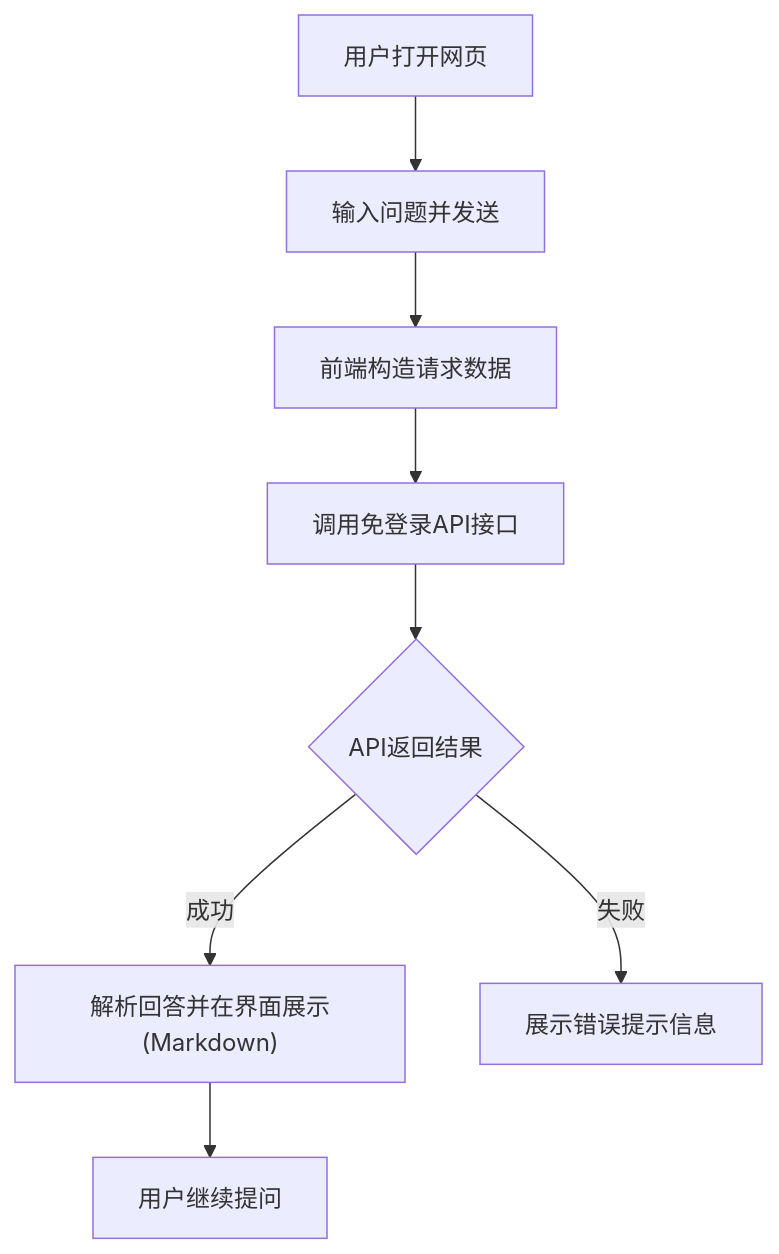
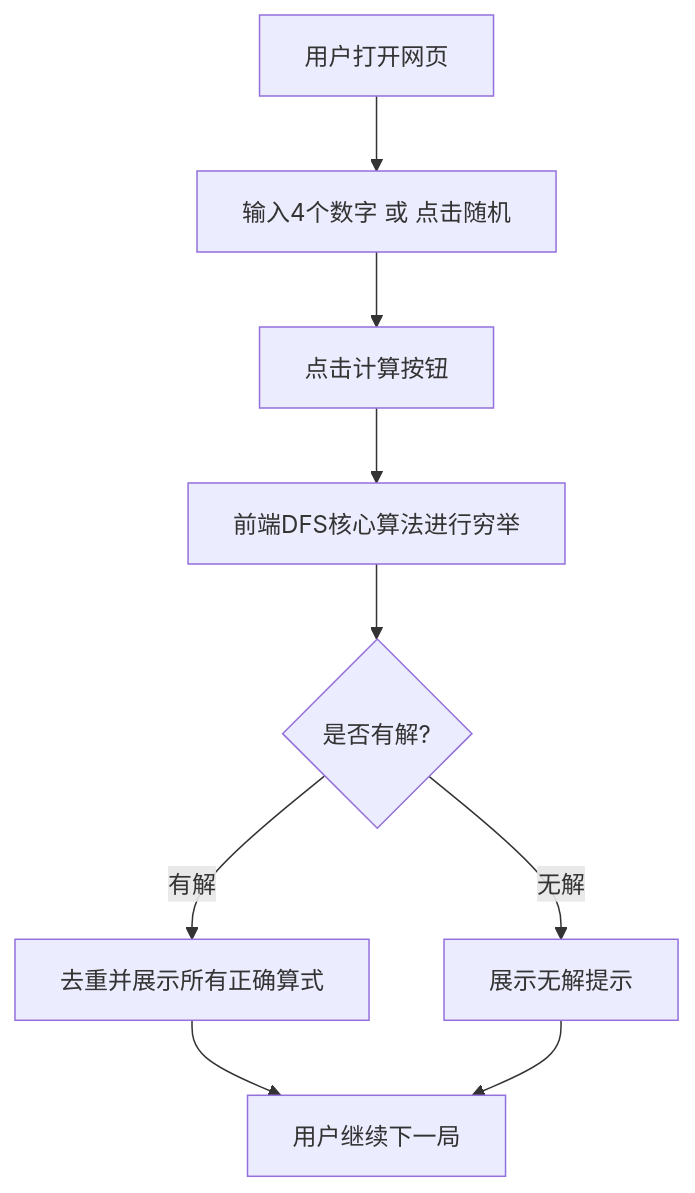
One commit to liuxinhaoboy/AI changed the diagram in .trae/documents/prd.md. Above: the diagram before and after it, drawn with Mermaid. The commit also changed other lines of this file and 22 other files, not shown here.

````diff
--- a/.trae/documents/prd.md
+++ b/.trae/documents/prd.md
@@ -20,10 +20,11 @@
 ```mermaid
 graph TD
-    A["用户打开网页"] --> B["输入问题并发送"]
-    B --> C["前端构造请求数据"]
-    C --> D["调用免登录API接口"]
-    D --> E{"API返回结果"}
-    E -- "成功" --> F["解析回答并在界面展示(Markdown)"]
-    E -- "失败" --> G["展示错误提示信息"]
-    F --> H["用户继续提问"]
+    A["用户打开网页"] --> B["输入4个数字 或 点击随机"]
+    B --> C["点击计算按钮"]
+    C --> D["前端DFS核心算法进行穷举"]
+    D --> E{"是否有解?"}
+    E -- "有解" --> F["去重并展示所有正确算式"]
+    E -- "无解" --> G["展示无解提示"]
+    F --> H["用户继续下一局"]
+    G --> H
 ```
````
